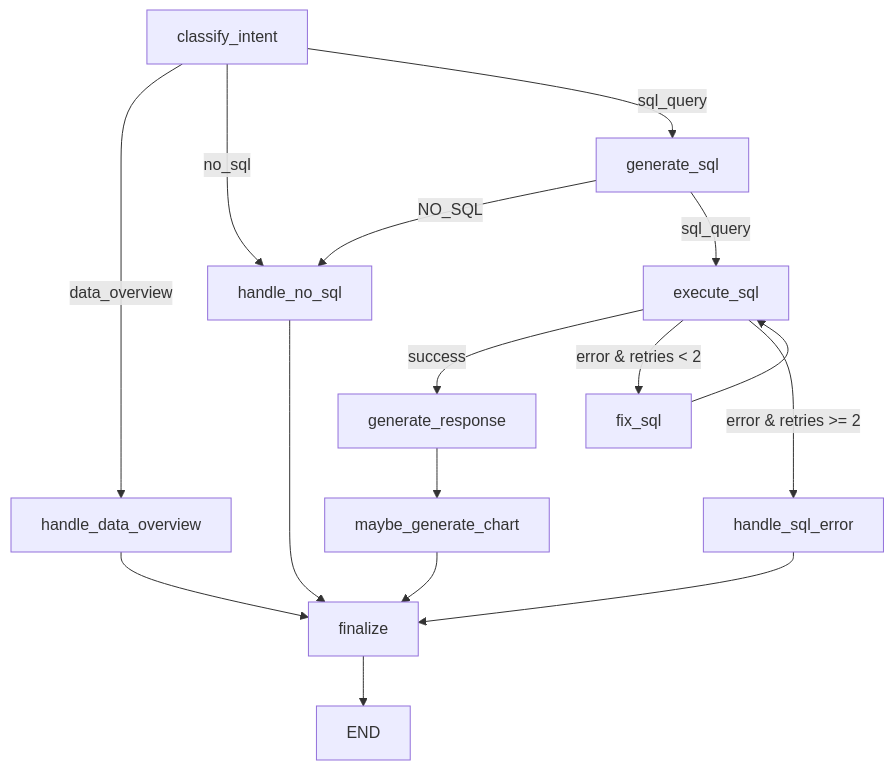
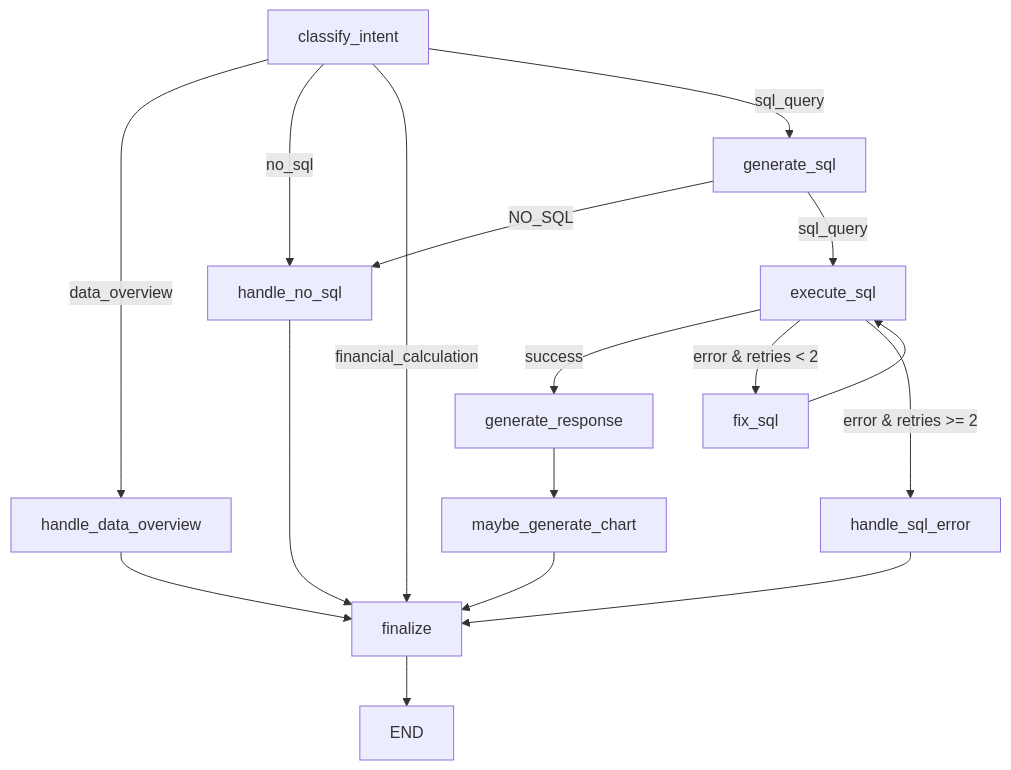
One commit to kyangwi/chatbotoracle changed the diagram in chat_graph_structure.md. Above: the diagram before and after it, drawn with Mermaid. The commit also changed 38 other files, not shown here.

````diff
--- a/chat_graph_structure.md
+++ b/chat_graph_structure.md
@@ -17,38 +17,39 @@
 ```mermaid
 graph TD
     %% Nodes
     classify_intent["classify_intent"]
     generate_sql["generate_sql"]
     execute_sql["execute_sql"]
     fix_sql["fix_sql"]
     handle_sql_error["handle_sql_error"]
     generate_response["generate_response"]
     handle_data_overview["handle_data_overview"]
     handle_no_sql["handle_no_sql"]
     maybe_generate_chart["maybe_generate_chart"]
     finalize["finalize"]
     END["END"]
 
     %% Edges
     classify_intent -->|data_overview| handle_data_overview
     classify_intent -->|no_sql| handle_no_sql
+    classify_intent -->|financial_calculation| finalize
     classify_intent -->|sql_query| generate_sql
 
     generate_sql -->|NO_SQL| handle_no_sql
     generate_sql -->|sql_query| execute_sql
 
     execute_sql -->|success| generate_response
     execute_sql -->|error & retries < 2| fix_sql
     execute_sql -->|error & retries >= 2| handle_sql_error
 
     fix_sql --> execute_sql
     handle_sql_error --> finalize
 
     generate_response --> maybe_generate_chart
     maybe_generate_chart --> finalize
 
     handle_data_overview --> finalize
     handle_no_sql --> finalize
 
     finalize --> END
 ```
````
